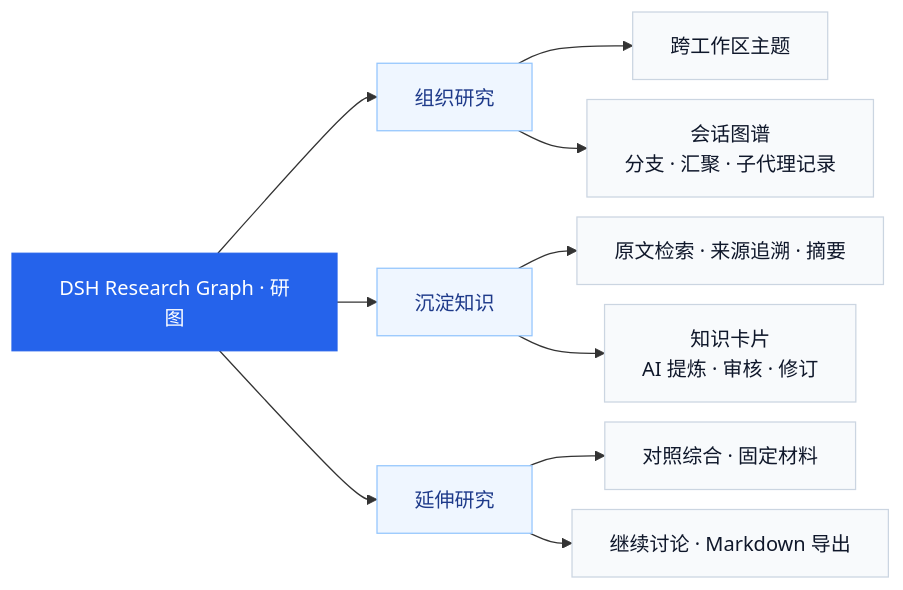
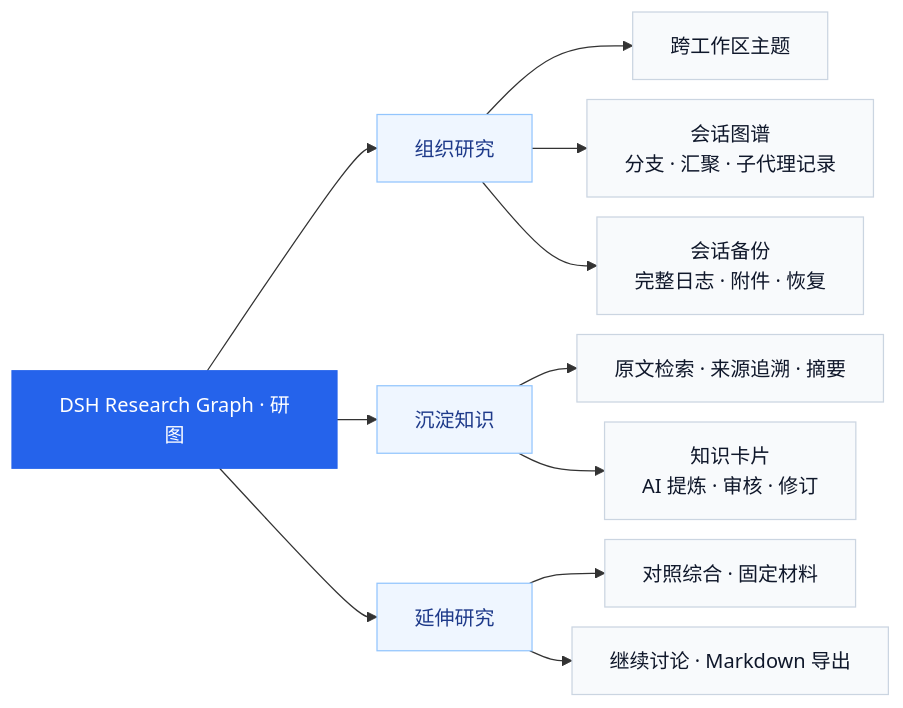
Before and after one commit to benz-ai-x/dsh-research-graph: the diagram in README.zh.md, drawn with Mermaid. The commit also changed other lines of this file and 43 other files, not shown here.

````diff
--- a/README.zh.md
+++ b/README.zh.md
@@ -25,19 +25,19 @@
 ```mermaid
 ---
 config:
   flowchart:
     nodeSpacing: 16
     rankSpacing: 32
 ---
 flowchart LR
   G["DSH Research Graph · 研图"] --> O["组织研究"] & K["沉淀知识"] & R["延伸研究"]
-  O --> O1["跨工作区主题"] & O2["会话图谱<br/>分支 · 汇聚 · 子代理记录"]
+  O --> O1["跨工作区主题"] & O2["会话图谱<br/>分支 · 汇聚 · 子代理记录"] & O3["会话备份<br/>完整日志 · 附件 · 恢复"]
   K --> K1["原文检索 · 来源追溯 · 摘要"] & K2["知识卡片<br/>AI 提炼 · 审核 · 修订"]
   R --> R1["对照综合 · 固定材料"] & R2["继续讨论 · Markdown 导出"]
   classDef brand fill:#2563eb,stroke:#2563eb,color:#fff
   classDef group fill:#eff6ff,stroke:#93c5fd,color:#1e3a8a
   classDef feature fill:#f8fafc,stroke:#cbd5e1,color:#0f172a
   class G brand
   class O,K,R group
-  class O1,O2,K1,K2,R1,R2 feature
+  class O1,O2,O3,K1,K2,R1,R2 feature
 ```
````
